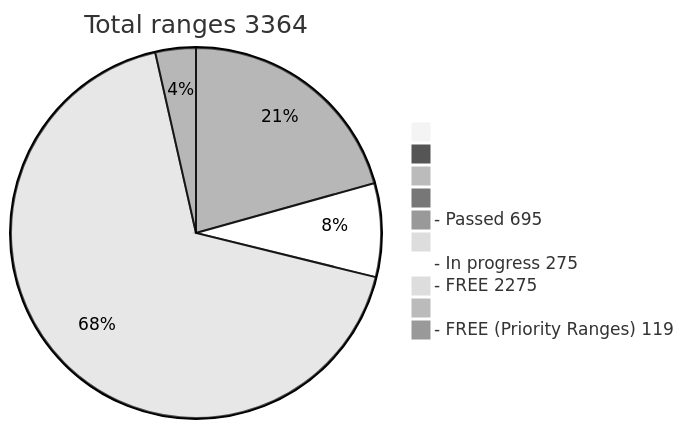
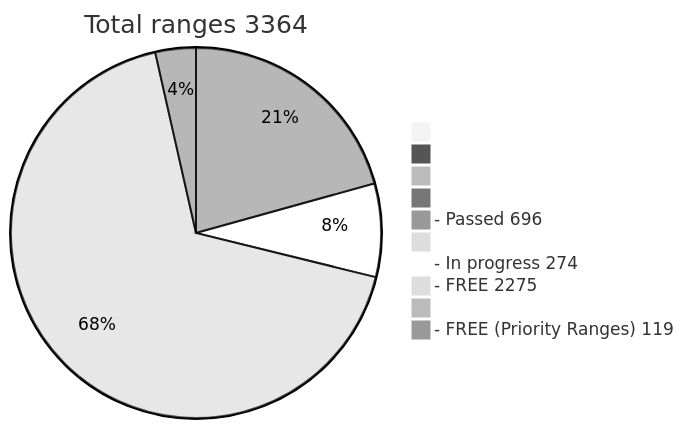
The diagram in README.md (phrutis/wif500), drawn with Mermaid (neutral theme) before and after one commit.

````diff
--- a/README.md
+++ b/README.md
@@ -16,13 +16,13 @@
 ```mermaid
 pie title Total ranges 3364
              " " : 0
             "  " : 0
            "   " : 0
           "    " : 0
-  "- Passed 695" : 695
+  "- Passed 696" : 696
          "     " : 0
-  "- In progress 275" : 275
+  "- In progress 274" : 274
    "- FREE 2275" : 2275
         "      " : 0
   "- FREE (Priority Ranges) 119" : 119
 ```
````
